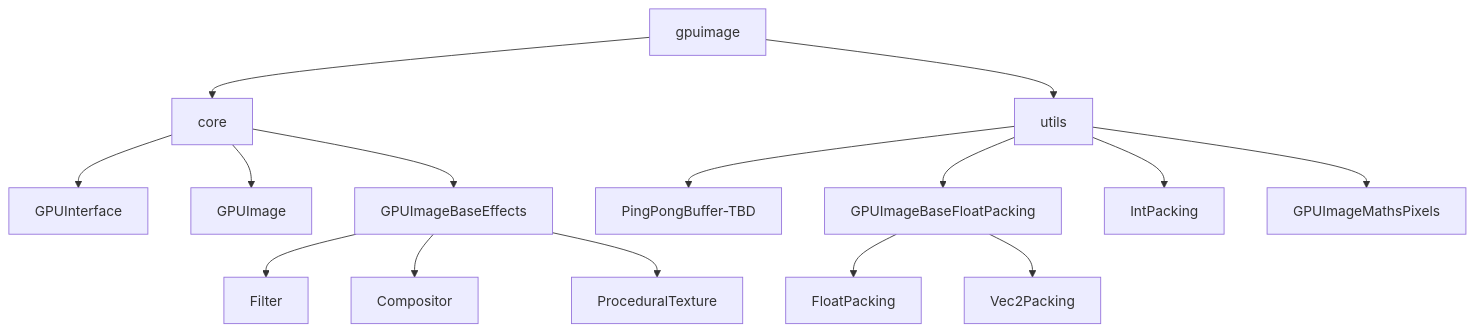
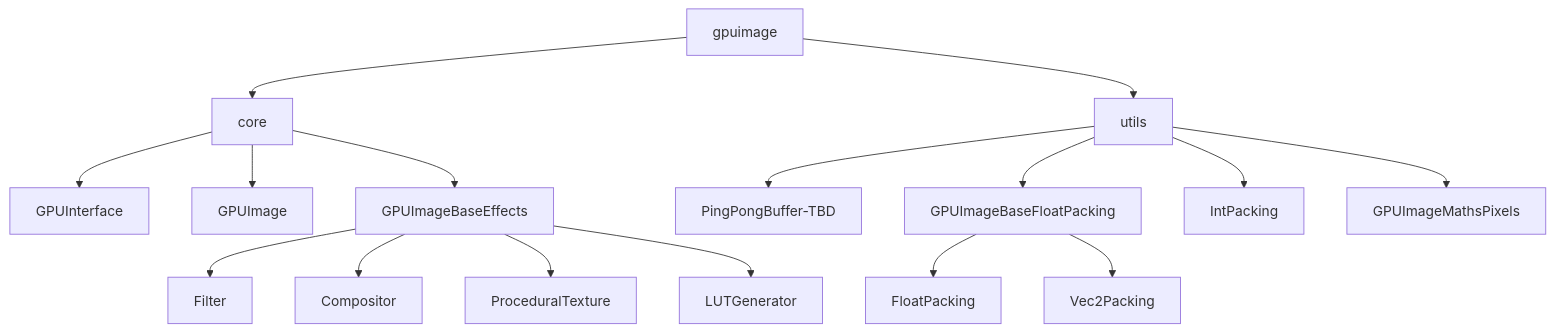
One commit to Bonjour-Interactive-Lab/Processing-GPUImage changed the diagram in README.md. Above: the diagram before and after it, drawn with Mermaid. The commit also changed other lines of this file and 5 other files, not shown here.

````diff
--- a/README.md
+++ b/README.md
@@ -22,17 +22,18 @@
 ```mermaid
 graph TD;
   gpuimage-->core;
   gpuimage-->utils;
   core-->GPUInterface
   core-->GPUImage
   core-->GPUImageBaseEffects;
   GPUImageBaseEffects-->Filter
   GPUImageBaseEffects-->Compositor
   GPUImageBaseEffects-->ProceduralTexture
+  GPUImageBaseEffects-->LUTGenerator
   utils-->PingPongBuffer-TBD
   utils-->GPUImageBaseFloatPacking
   utils-->IntPacking
   utils-->GPUImageMathsPixels
   GPUImageBaseFloatPacking-->FloatPacking
   GPUImageBaseFloatPacking-->Vec2Packing
 ```
````
